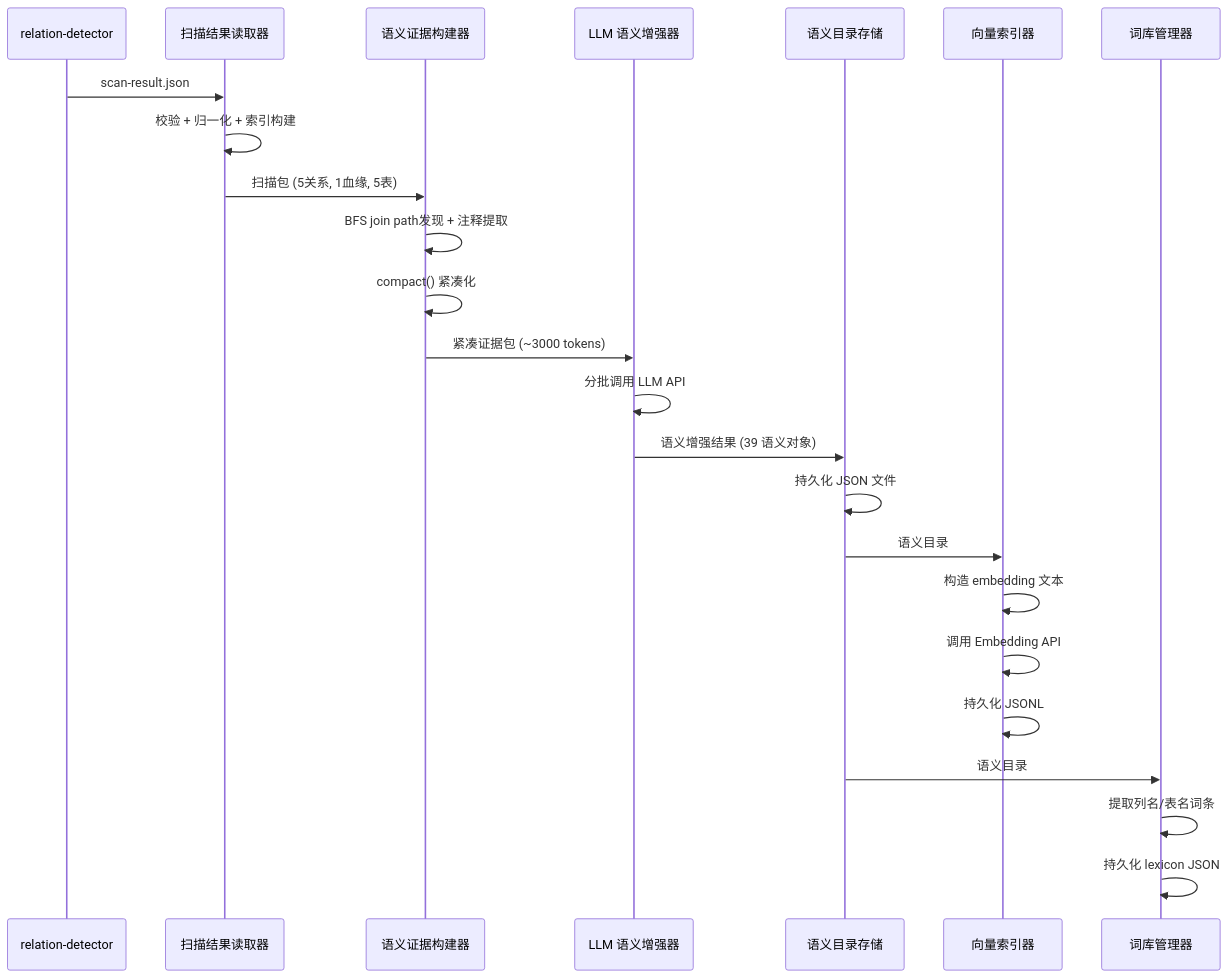
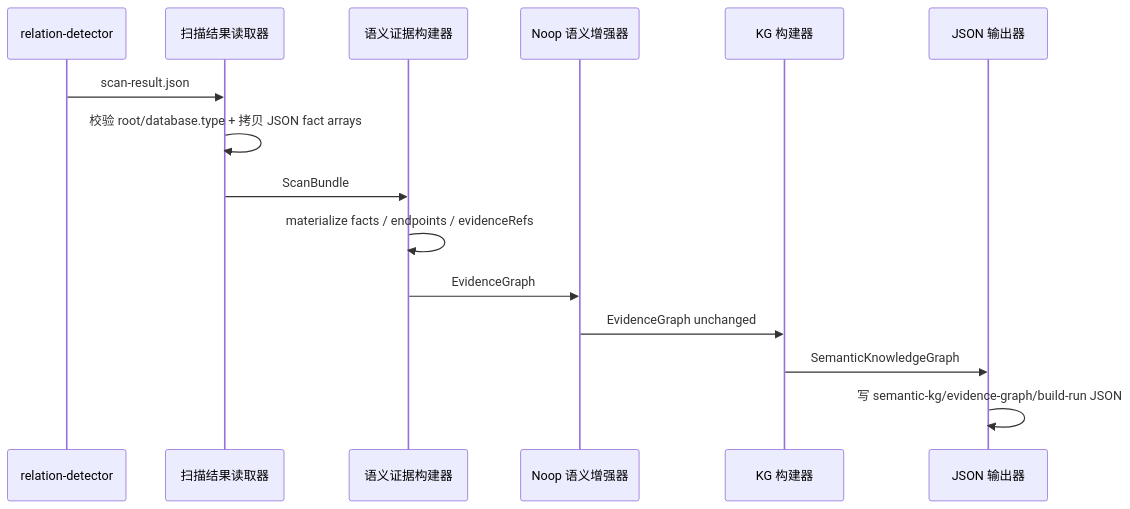
The first of 6 diagrams in docs/design/semantic-layer/end-to-end-examples.md (xiaoguang/relation-detector), drawn with Mermaid before and after one commit. The commit also changed other lines of this file and 7021 other files, not shown here.

````diff
--- a/docs/design/semantic-layer/end-to-end-examples.md
+++ b/docs/design/semantic-layer/end-to-end-examples.md
@@ -237,27 +207,18 @@
 ```mermaid
 sequenceDiagram
     participant RD as relation-detector
     participant SR as 扫描结果读取器
     participant EB as 语义证据构建器
-    participant LLM as LLM 语义增强器
-    participant CS as 语义目录存储
-    participant EI as 向量索引器
-    participant LM as 词库管理器
+    participant NOOP as Noop 语义增强器
+    participant KG as KG 构建器
+    participant JW as JSON 输出器
 
     RD->>SR: scan-result.json
-    SR->>SR: 校验 + 归一化 + 索引构建
-    SR->>EB: 扫描包 (5关系, 1血缘, 5表)
-    EB->>EB: BFS join path发现 + 注释提取
-    EB->>EB: compact() 紧凑化
-    EB->>LLM: 紧凑证据包 (~3000 tokens)
-    LLM->>LLM: 分批调用 LLM API
-    LLM->>CS: 语义增强结果 (39 语义对象)
-    CS->>CS: 持久化 JSON 文件
-    CS->>EI: 语义目录
-    EI->>EI: 构造 embedding 文本
-    EI->>EI: 调用 Embedding API
-    EI->>EI: 持久化 JSONL
-    CS->>LM: 语义目录
-    LM->>LM: 提取列名/表名词条
-    LM->>LM: 持久化 lexicon JSON
+    SR->>SR: 校验 root/database.type + 拷贝 JSON fact arrays
+    SR->>EB: ScanBundle
+    EB->>EB: materialize facts / endpoints / evidenceRefs
+    EB->>NOOP: EvidenceGraph
+    NOOP->>KG: EvidenceGraph unchanged
+    KG->>JW: SemanticKnowledgeGraph
+    JW->>JW: 写 semantic-kg/evidence-graph/build-run JSON
 ```
````
